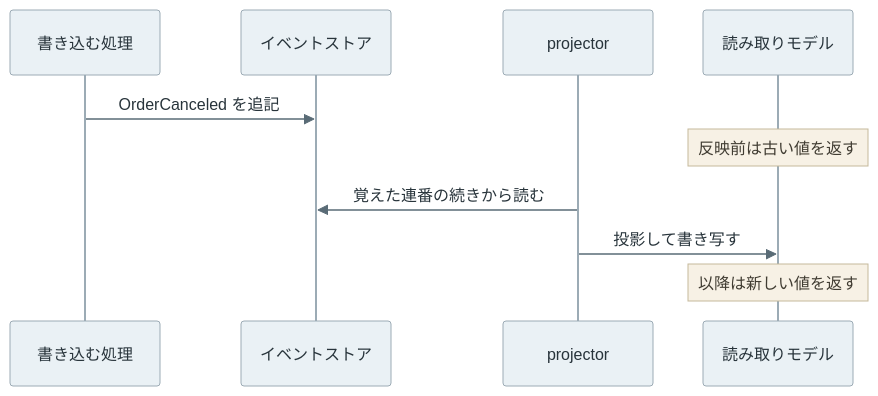
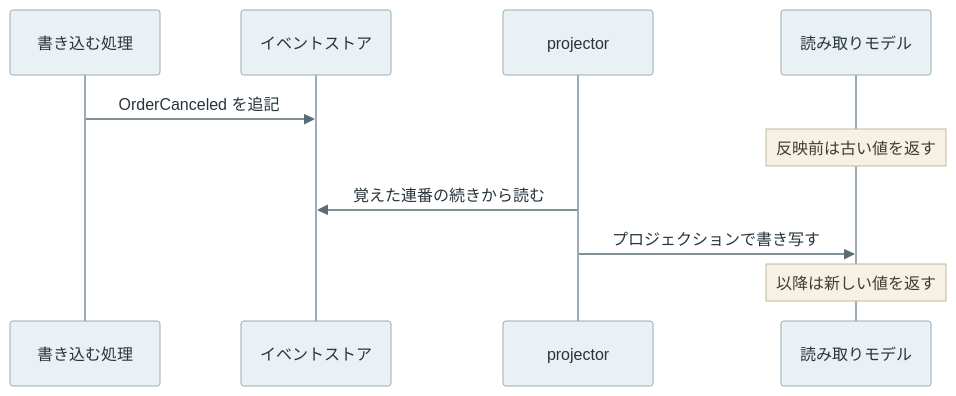
The fourth of 4 diagrams in content/notes/software-architecture/event-sourcing/index.md (nao1215/debimate), drawn with Mermaid before and after one commit. The commit also changed other lines of this file and 27 other files, not shown here.

````diff
--- a/content/notes/software-architecture/event-sourcing/index.md
+++ b/content/notes/software-architecture/event-sourcing/index.md
@@ -267,13 +267,13 @@
 ```mermaid
 %%{init: {"theme":"base","themeVariables":{"primaryColor":"#eaf1f5","primaryTextColor":"#28343b","primaryBorderColor":"#9cabb5","lineColor":"#596b76","textColor":"#28343b","actorBkg":"#eaf1f5","actorBorder":"#9cabb5","actorTextColor":"#28343b","actorLineColor":"#9cabb5","signalColor":"#596b76","signalTextColor":"#28343b","noteBkgColor":"#f7f1e5","noteBorderColor":"#c5b99b","noteTextColor":"#403c32","activationBkgColor":"#edf3ef","activationBorderColor":"#9aafa1"}}}%%
 sequenceDiagram
     participant W as 書き込む処理
     participant S as イベントストア
     participant P as projector
     participant R as 読み取りモデル
     W->>S: OrderCanceled を追記
     Note over R: 反映前は古い値を返す
     P->>S: 覚えた連番の続きから読む
-    P->>R: 投影して書き写す
+    P->>R: プロジェクションで書き写す
     Note over R: 以降は新しい値を返す
 ```
````
